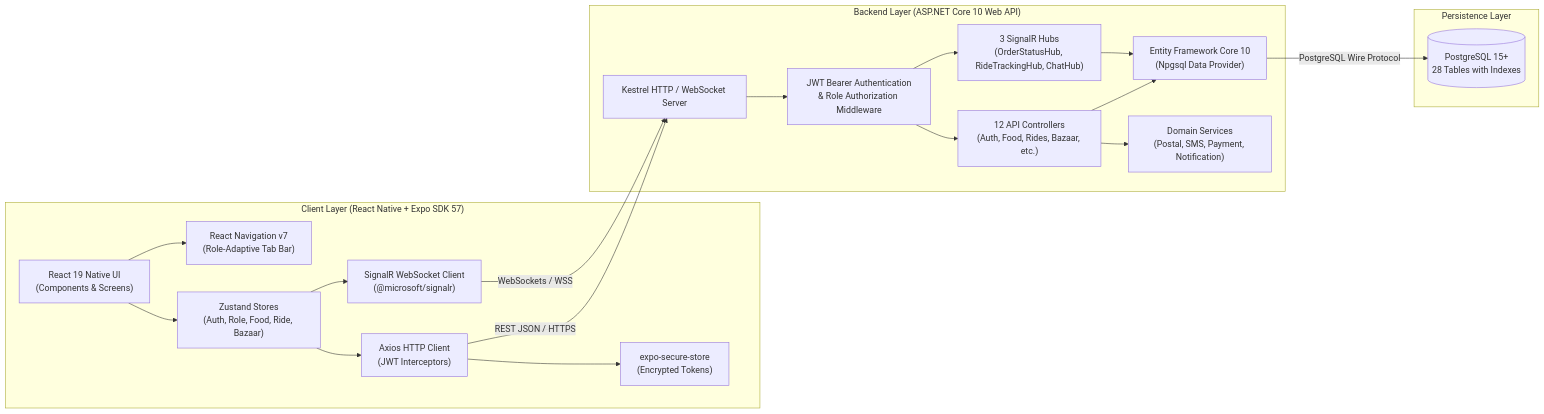
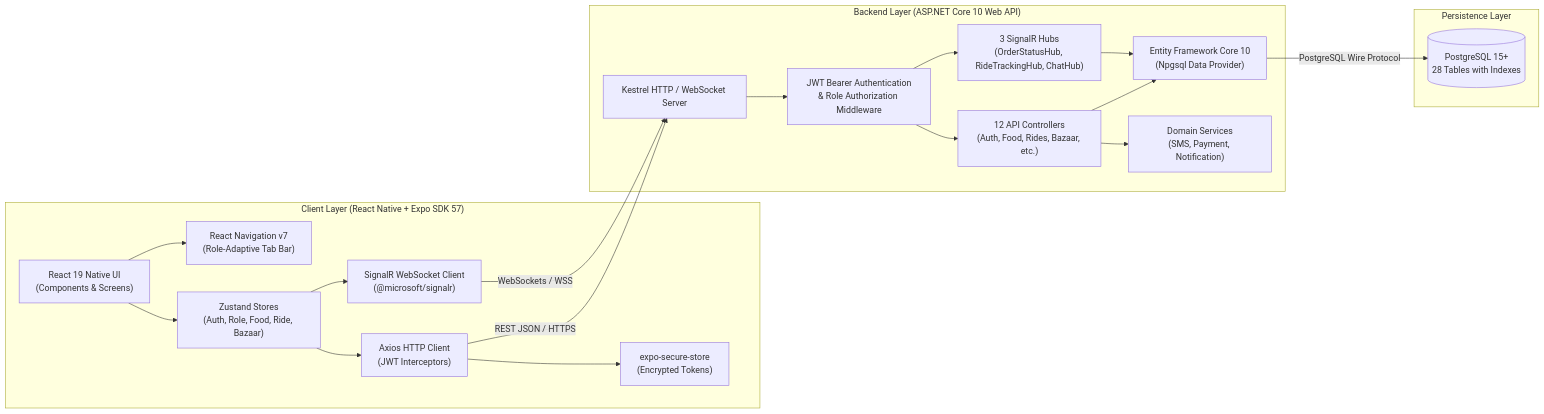
The second of 5 diagrams in docs/ARCHITECTURE.md (Ajain0311/SuperApp_V2), drawn with Mermaid before and after one commit. The commit also changed other lines of this file and 5 other files, not shown here.

````diff
--- a/docs/ARCHITECTURE.md
+++ b/docs/ARCHITECTURE.md
@@ -59,41 +59,41 @@
 ```mermaid
 flowchart LR
     subgraph Frontend ["Client Layer (React Native + Expo SDK 57)"]
         UI["React 19 Native UI\n(Components & Screens)"]
         Zustand["Zustand Stores\n(Auth, Role, Food, Ride, Bazaar)"]
         Nav["React Navigation v7\n(Role-Adaptive Tab Bar)"]
         SigClient["SignalR WebSocket Client\n(@microsoft/signalr)"]
         Axios["Axios HTTP Client\n(JWT Interceptors)"]
         SecureStore["expo-secure-store\n(Encrypted Tokens)"]
 
         UI --> Zustand
         UI --> Nav
         Zustand --> Axios
         Zustand --> SigClient
         Axios --> SecureStore
     end
 
     subgraph Backend ["Backend Layer (ASP.NET Core 10 Web API)"]
         Kestrel["Kestrel HTTP / WebSocket Server"]
         AuthMiddleware["JWT Bearer Authentication\n& Role Authorization Middleware"]
         Controllers["12 API Controllers\n(Auth, Food, Rides, Bazaar, etc.)"]
         Hubs["3 SignalR Hubs\n(OrderStatusHub, RideTrackingHub, ChatHub)"]
-        Services["Domain Services\n(Postal, SMS, Payment, Notification)"]
+        Services["Domain Services\n(SMS, Payment, Notification)"]
         EF["Entity Framework Core 10\n(Npgsql Data Provider)"]
 
         Kestrel --> AuthMiddleware
         AuthMiddleware --> Controllers
         AuthMiddleware --> Hubs
         Controllers --> Services
         Controllers --> EF
         Hubs --> EF
     end
 
     subgraph Persistence ["Persistence Layer"]
         Postgres[("PostgreSQL 15+\n28 Tables with Indexes")]
     end
 
     Axios -->|REST JSON / HTTPS| Kestrel
     SigClient -->|WebSockets / WSS| Kestrel
     EF -->|PostgreSQL Wire Protocol| Postgres
 ```
````
